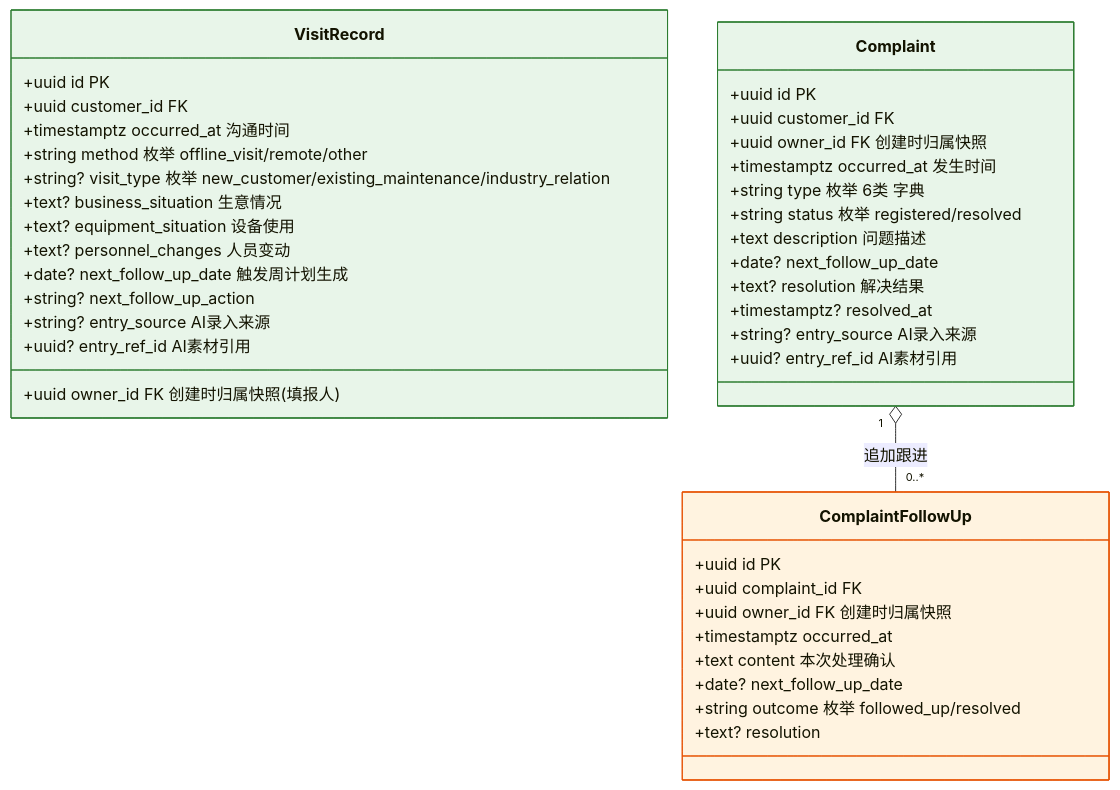
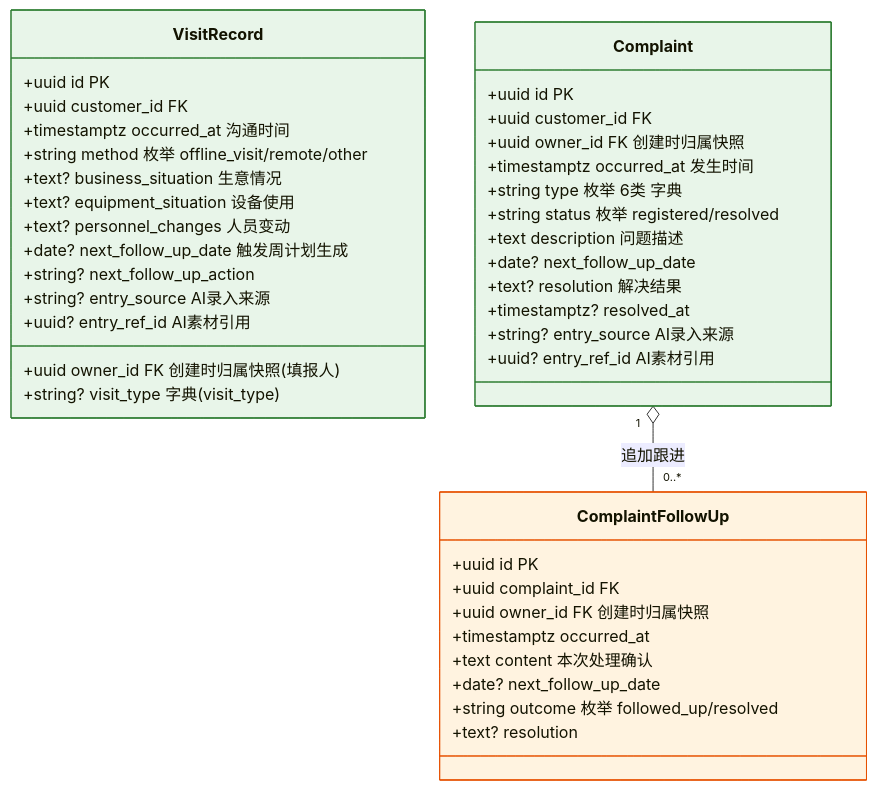
The third of 26 diagrams in docs/重构架构决策与实施蓝图.md (lixiname/LITECRM), drawn with Mermaid before and after one commit. The commit also changed other lines of this file, not shown here.

````diff
--- a/docs/重构架构决策与实施蓝图.md
+++ b/docs/重构架构决策与实施蓝图.md
@@ -465,46 +466,46 @@
 ```mermaid
 classDiagram
     class VisitRecord {
         +uuid id PK
         +uuid customer_id FK
         +uuid owner_id FK 创建时归属快照(填报人)
         +timestamptz occurred_at 沟通时间
         +string method 枚举 offline_visit/remote/other
-        +string? visit_type 枚举 new_customer/existing_maintenance/industry_relation
+        +string? visit_type 字典(visit_type)
         +text? business_situation 生意情况
         +text? equipment_situation 设备使用
         +text? personnel_changes 人员变动
         +date? next_follow_up_date 触发周计划生成
         +string? next_follow_up_action
         +string? entry_source AI录入来源
         +uuid? entry_ref_id AI素材引用
     }
     class Complaint {
         +uuid id PK
         +uuid customer_id FK
         +uuid owner_id FK 创建时归属快照
         +timestamptz occurred_at 发生时间
         +string type 枚举 6类 字典
         +string status 枚举 registered/resolved
         +text description 问题描述
         +date? next_follow_up_date
         +text? resolution 解决结果
         +timestamptz? resolved_at
         +string? entry_source AI录入来源
         +uuid? entry_ref_id AI素材引用
     }
     class ComplaintFollowUp {
         +uuid id PK
         +uuid complaint_id FK
         +uuid owner_id FK 创建时归属快照
         +timestamptz occurred_at
         +text content 本次处理确认
         +date? next_follow_up_date
         +string outcome 枚举 followed_up/resolved
         +text? resolution
     }
     Complaint "1" o-- "0..*" ComplaintFollowUp : 追加跟进
     style VisitRecord fill:#e8f5e9,stroke:#2e7d32
     style Complaint fill:#e8f5e9,stroke:#2e7d32
     style ComplaintFollowUp fill:#fff3e0,stroke:#e65100
 ```
````
